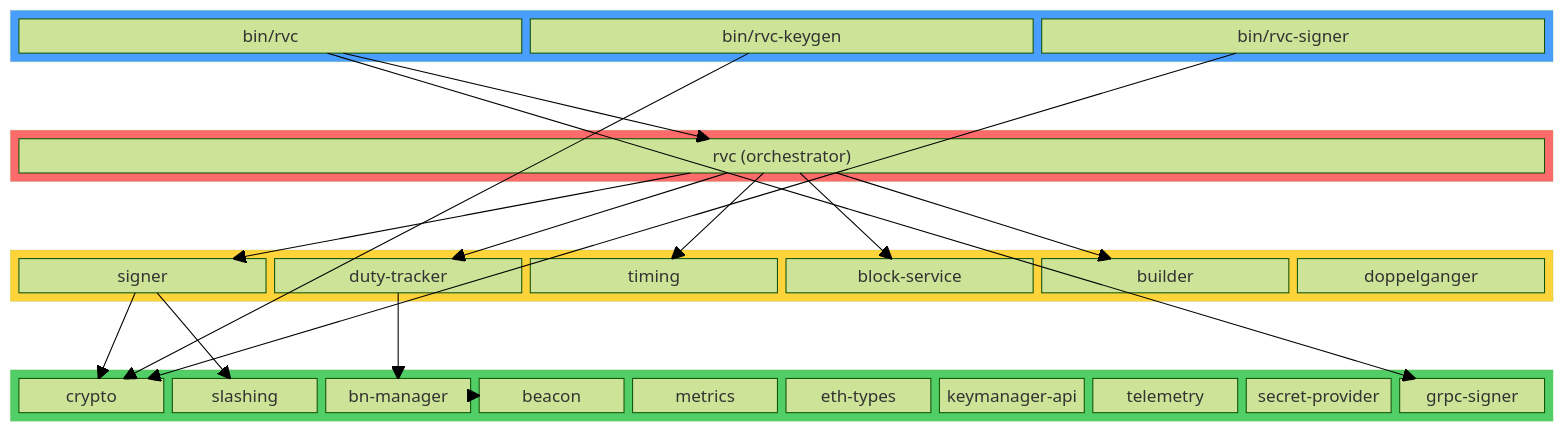
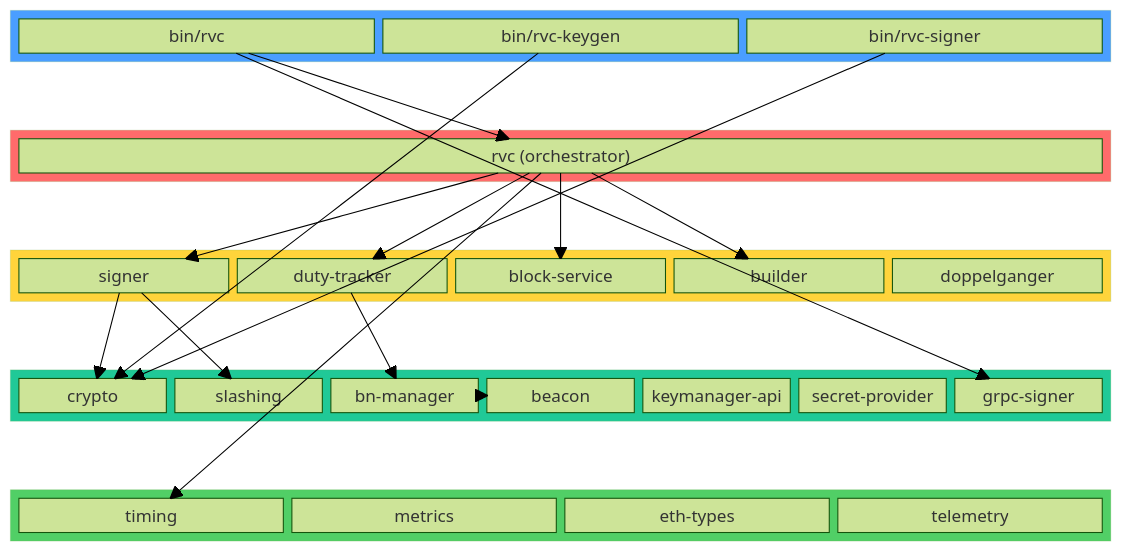
Before and after one commit to dsrvlabs/rvc: the third of 8 diagrams in ARCHITECTURE.md, drawn with Mermaid (forest theme). The commit also changed other lines of this file and 2 other files, not shown here.

First line of the commit message:
chore(architecture): split Foundation into Base and Infra

````diff
--- a/ARCHITECTURE.md
+++ b/ARCHITECTURE.md
@@ -228,61 +229,67 @@
 ```mermaid
 block-beta
     columns 8
 
     block:binary:8
         BIN["bin/rvc"]
         KEYGEN["bin/rvc-keygen"]
         SIGBIN["bin/rvc-signer"]
     end
 
     space:8
 
     block:orchestrator:8
         RVC["rvc (orchestrator)"]
     end
 
     space:8
 
     block:domain:8
         SIGNER["signer"]
         DUTY["duty-tracker"]
-        TIMING["timing"]
         BLOCK["block-service"]
         BUILD["builder"]
         DOPP["doppelganger"]
     end
 
     space:8
 
-    block:foundation:8
+    block:infra:8
         CRYPTO["crypto"]
         SLASHING["slashing"]
         BNM["bn-manager"]
         BEACON["beacon"]
+        KMA["keymanager-api"]
+        SP["secret-provider"]
+        GRPCSIGNER["grpc-signer"]
+    end
+
+    space:8
+
+    block:base:8
+        TIMING["timing"]
         METRICS["metrics"]
         ETH["eth-types"]
-        KMA["keymanager-api"]
         TEL["telemetry"]
-        SP["secret-provider"]
-        GRPCSIGNER["grpc-signer"]
     end
 
     BIN --> RVC
     BIN --> GRPCSIGNER
     KEYGEN --> CRYPTO
     SIGBIN --> CRYPTO
     RVC --> SIGNER
     RVC --> DUTY
     RVC --> TIMING
     RVC --> BLOCK
     RVC --> BUILD
     SIGNER --> CRYPTO
     SIGNER --> SLASHING
     DUTY --> BNM
     BNM --> BEACON
 
     style binary fill:#4a9eff,color:#fff
     style orchestrator fill:#ff6b6b,color:#fff
     style domain fill:#ffd43b,color:#333
-    style foundation fill:#51cf66,color:#fff
+    style infra fill:#20c997,color:#fff
+    style base fill:#51cf66,color:#fff
 ```
````
